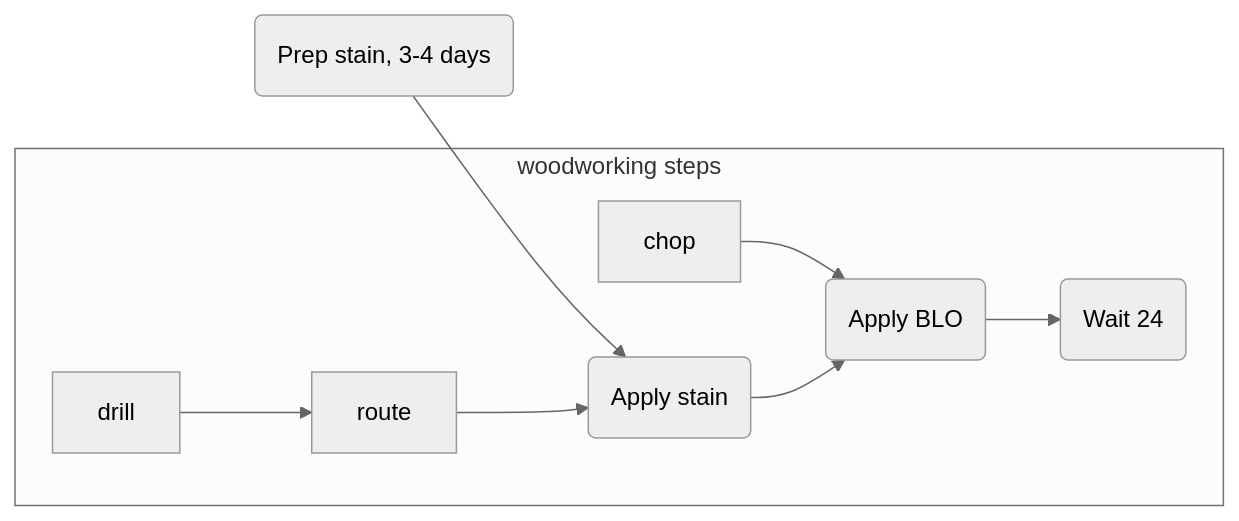
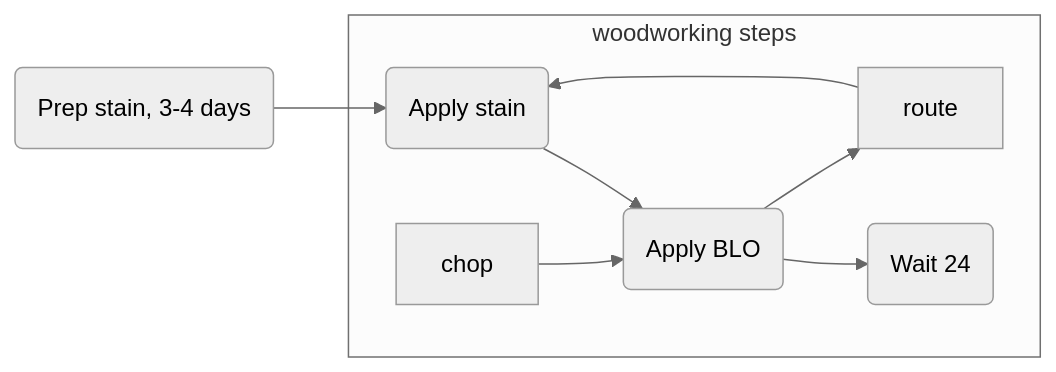
One commit to frankburgs/wood changed the diagram in README.md. Above: the diagram before and after it, drawn with Mermaid (neutral theme).

````diff
--- a/README.md
+++ b/README.md
@@ -1,21 +1,21 @@
 ```mermaid
 
 flowchart LR
 
     id1(Prep stain, 3-4 days)-->id2(Apply stain)
     
     subgraph ide1 [woodworking steps]
     
     chop-->id3(drill, thru and insert starters)
     
-    drill-->route
+    id3-->route
     
     route-->id2
     
     id2-->id3(Apply BLO)
     
     id3-->id4(Wait 24)
     
     end
     
 ```
````
